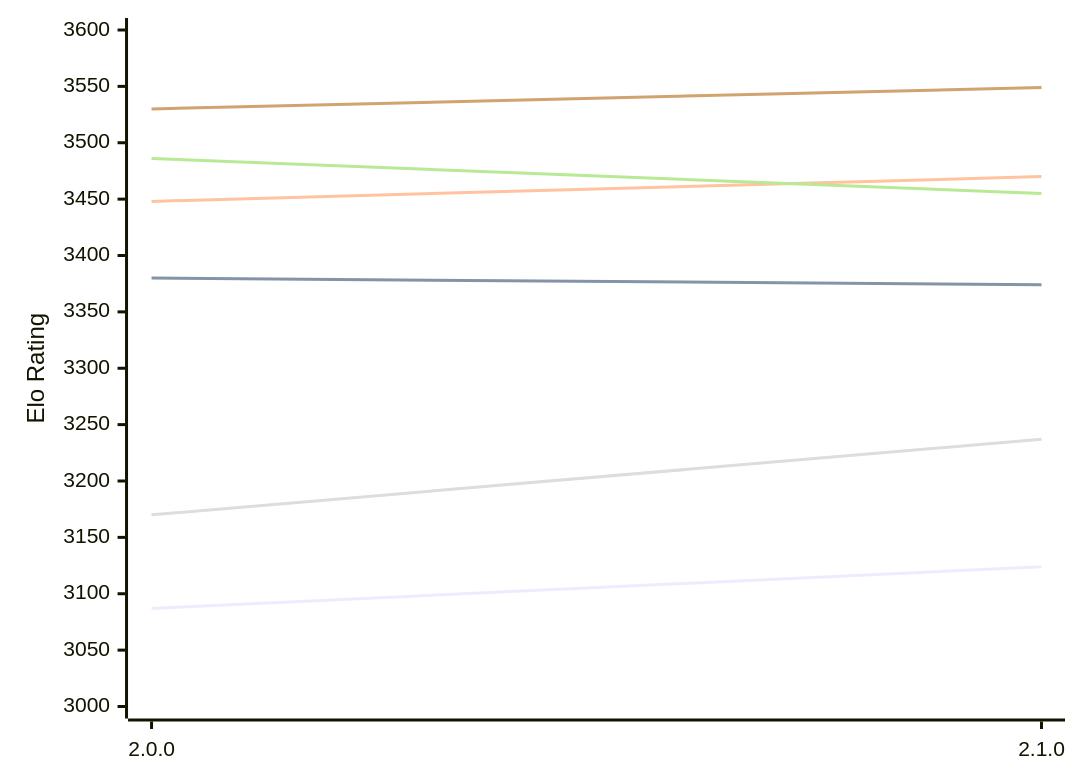
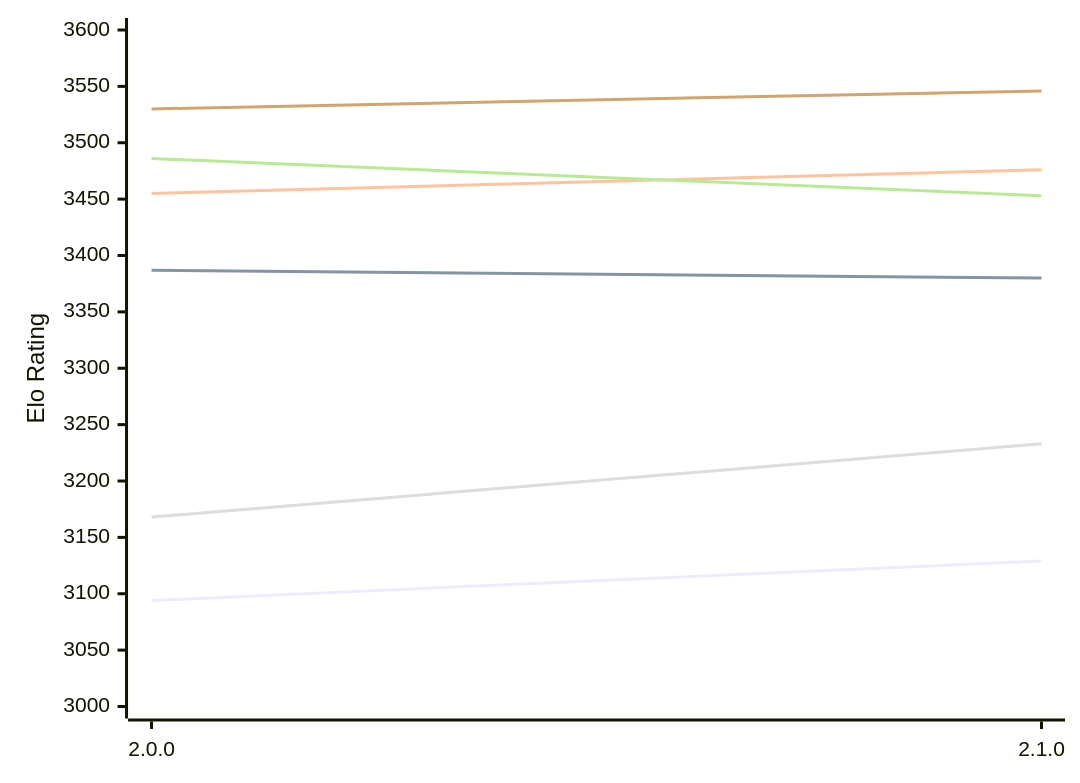
One commit to computer-chess-index/cci changed the diagram in engines/Sapling.md. Above: the diagram before and after it, drawn with Mermaid. The commit also changed other lines of this file, not shown here.

Commit message:
Update CCI Ratings (ELO VLTC) - 2026-11-10

````diff
--- a/engines/Sapling.md
+++ b/engines/Sapling.md
@@ -49,12 +49,12 @@
 ```mermaid
 %%{init: {"theme":"base","themeVariables":{"seriesColors:['#a3a3a3','#222221','#faa371']}}}%%
 xychart-beta
   x-axis ["2.0.0", "2.1.0"]
   y-axis "Elo Rating" 3000 --> 3600
-  line "E1: STC (8.0+0.08s)" [3087, 3124]
-  line "E1: LTC (60.0+0.60s)" [3380, 3374]
-  line "E1: VLTC (2m24s+1.12s)" [3448, 3470]
-  line "P1: STC (8.0+0.08s)" [3170, 3237]
-  line "P1: LTC (60.0+0.60s)" [3486, 3455]
-  line "P1: VLTC (2m24s+1.12s)" [3530, 3549]
+  line "E1: STC (8.0+0.08s)" [3094, 3129]
+  line "E1: LTC (60.0+0.60s)" [3387, 3380]
+  line "E1: VLTC (2m24s+1.12s)" [3455, 3476]
+  line "P1: STC (8.0+0.08s)" [3168, 3233]
+  line "P1: LTC (60.0+0.60s)" [3486, 3453]
+  line "P1: VLTC (2m24s+1.12s)" [3530, 3546]
 ```
````
